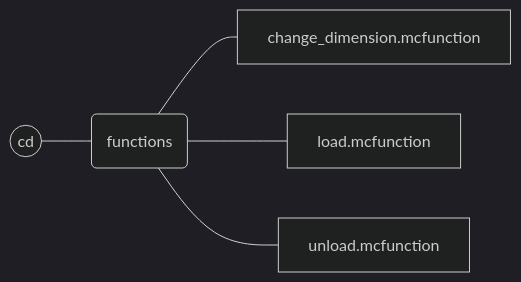
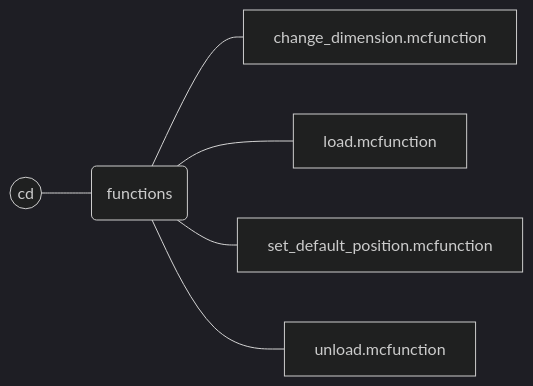
Before and after one commit to Srymm/creative_dimension: the first of 2 diagrams in README.md, drawn with Mermaid (dark theme). The commit also changed other lines of this file, not shown here.

````diff
--- a/README.md
+++ b/README.md
@@ -45,7 +45,8 @@
 ```mermaid
 graph LR
 CD((cd)) --- INTERFACE(functions)
              INTERFACE --- A[change_dimension.mcfunction]
-             INTERFACE --- C[load.mcfunction]
+             INTERFACE --- B[load.mcfunction]
+             INTERFACE --- C[set_default_position.mcfunction]
              INTERFACE --- D[unload.mcfunction]
 ```
````
